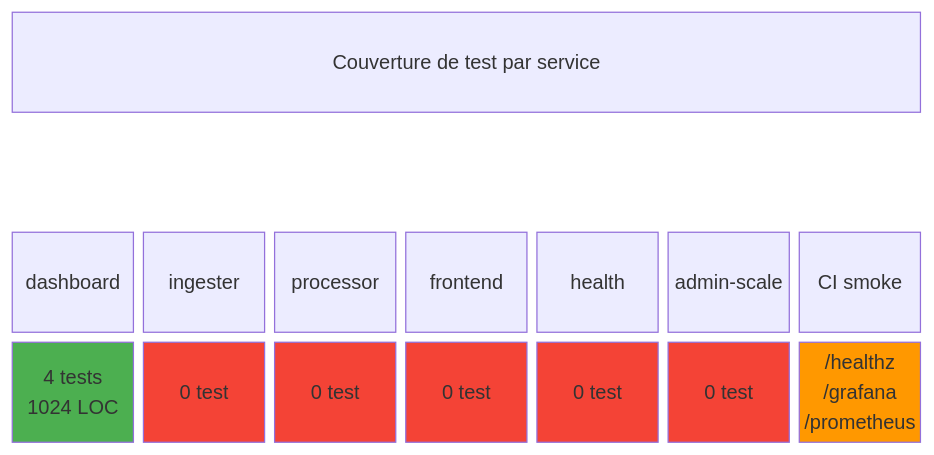
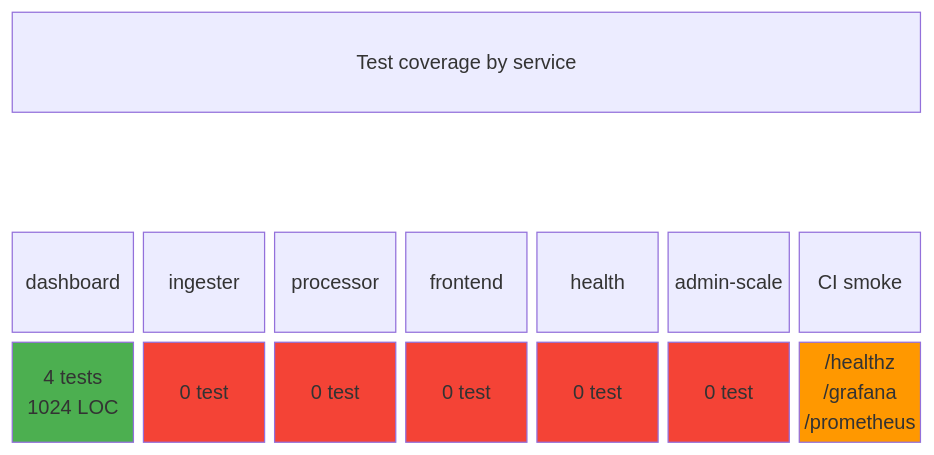
One commit to ClementV78/CloudRadar changed the first of 9 diagrams in docs/code-reviews/test-strategy-review.md. Above: the diagram before and after it, drawn with Mermaid. The commit also changed other lines of this file and 2 other files, not shown here.

````diff
--- a/docs/code-reviews/test-strategy-review.md
+++ b/docs/code-reviews/test-strategy-review.md
@@ -27,19 +27,19 @@
 ```mermaid
 block-beta
   columns 7
-  header["Couverture de test par service"]:7
+  header["Test coverage by service"]:7
   space:7
   A["dashboard"] B["ingester"] C["processor"] D["frontend"] E["health"] F["admin-scale"] G["CI smoke"]
   A1["4 tests
 1024 LOC"] B1["0 test"] C1["0 test"] D1["0 test"] E1["0 test"] F1["0 test"] G1["/healthz
 /grafana
 /prometheus"]
 
   style A1 fill:#4caf50,color:#fff
   style B1 fill:#f44336,color:#fff
   style C1 fill:#f44336,color:#fff
   style D1 fill:#f44336,color:#fff
   style E1 fill:#f44336,color:#fff
   style F1 fill:#f44336,color:#fff
   style G1 fill:#ff9800,color:#fff
 ```
````
